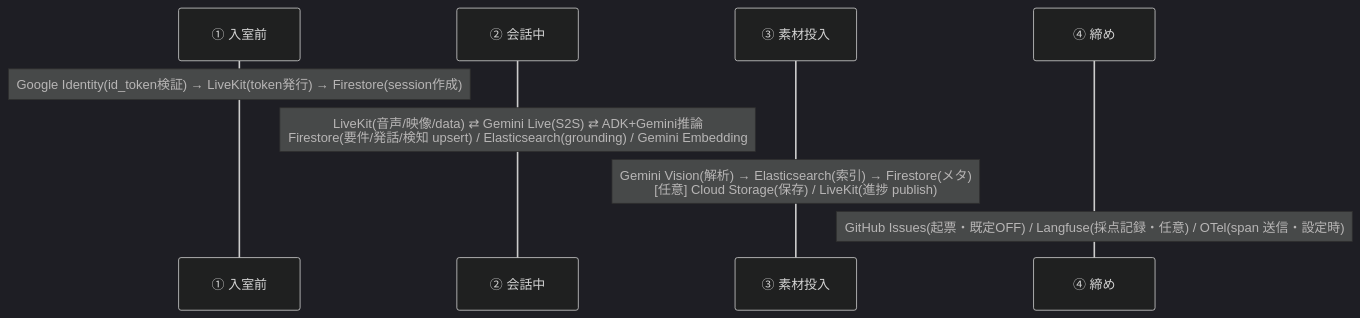
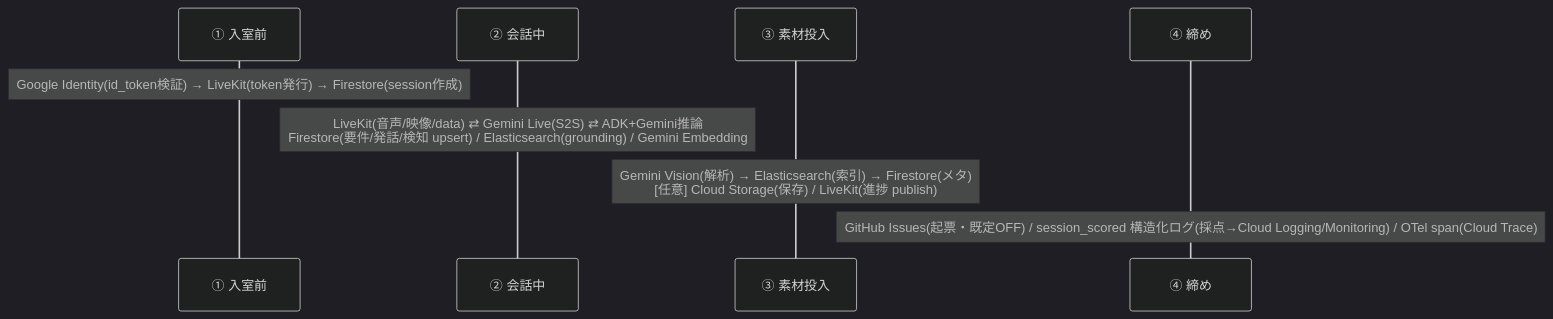
Before and after one commit to godhuu0505/sanba: the seventh of 13 diagrams in docs/reference/architecture-analysis.md, drawn with Mermaid (dark theme). The commit also changed other lines of this file and 15 other files, not shown here.

````diff
--- a/docs/reference/architecture-analysis.md
+++ b/docs/reference/architecture-analysis.md
@@ -348,13 +346,13 @@
 ```mermaid
 sequenceDiagram
     autonumber
     participant Setup as ① 入室前
     participant Conv as ② 会話中
     participant Asset as ③ 素材投入
     participant Fin as ④ 締め
 
     Note over Setup: Google Identity(id_token検証) → LiveKit(token発行) → Firestore(session作成)
     Note over Conv: LiveKit(音声/映像/data) ⇄ Gemini Live(S2S) ⇄ ADK+Gemini推論<br/>Firestore(要件/発話/検知 upsert) / Elasticsearch(grounding) / Gemini Embedding
     Note over Asset: Gemini Vision(解析) → Elasticsearch(索引) → Firestore(メタ)<br/>[任意] Cloud Storage(保存) / LiveKit(進捗 publish)
-    Note over Fin: GitHub Issues(起票・既定OFF) / Langfuse(採点記録・任意) / OTel(span 送信・設定時)
+    Note over Fin: GitHub Issues(起票・既定OFF) / session_scored 構造化ログ(採点→Cloud Logging/Monitoring) / OTel span(Cloud Trace)
 ```
````
